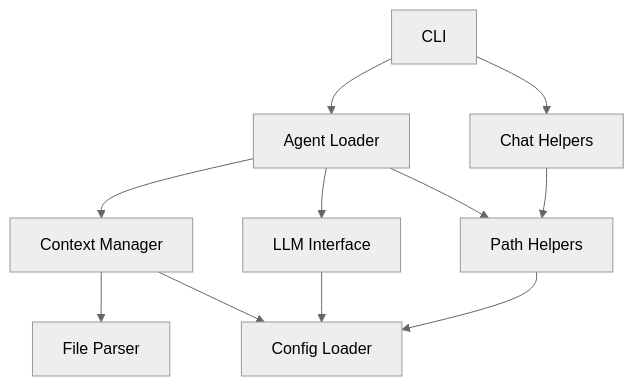
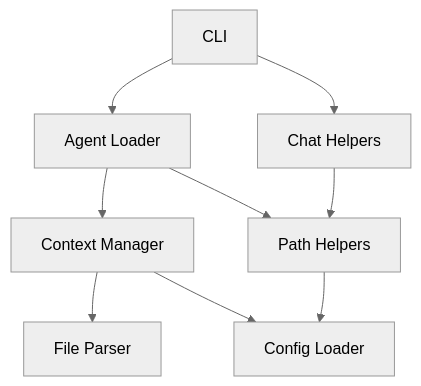
One commit to tim-o-private/llm-agent changed the second of 6 diagrams in memory-bank/systemPatterns.md. Above: the diagram before and after it, drawn with Mermaid (neutral theme). The commit also changed other lines of this file and 13 other files, not shown here.

Commit message:
Architect phase 1

````diff
--- a/memory-bank/systemPatterns.md
+++ b/memory-bank/systemPatterns.md
@@ -118,13 +118,11 @@
 ```mermaid
 graph TD
     CLI[CLI] --> AgentLoader[Agent Loader]
     CLI --> ChatHelpers[Chat Helpers]
     AgentLoader --> ContextManager[Context Manager]
-    AgentLoader --> LLMInterface[LLM Interface]
     AgentLoader --> PathHelpers[Path Helpers]
     ChatHelpers --> PathHelpers
     ContextManager --> FileParser[File Parser]
     ContextManager --> ConfigLoader[Config Loader]
-    LLMInterface --> ConfigLoader
     PathHelpers --> ConfigLoader
 ```
````
